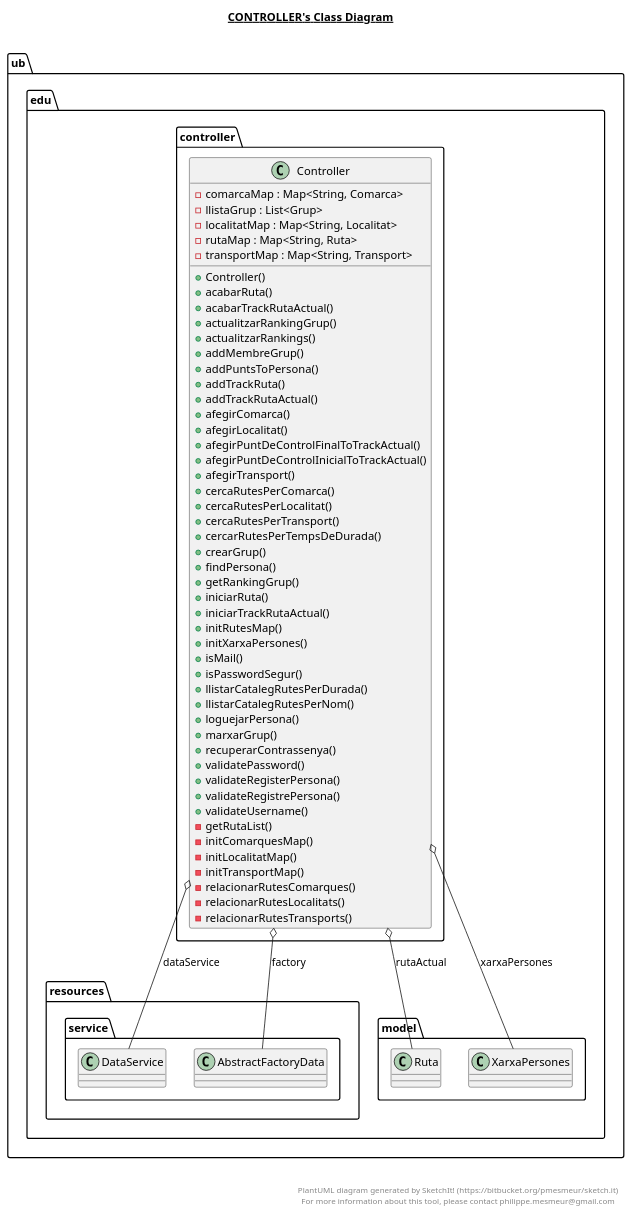
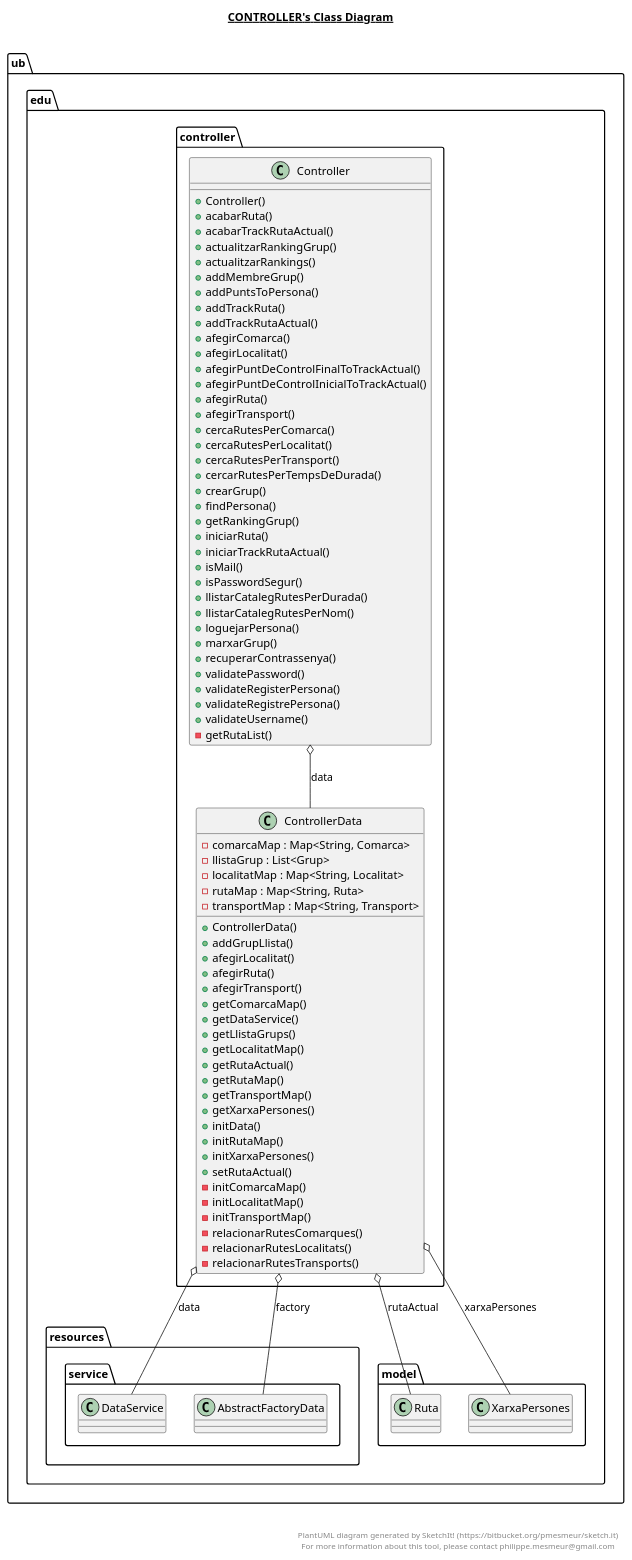
Before and after one commit to Samot2003/p3-tripu-dao-a12_reava: the diagram in src/ub/edu/controller/controller.plantuml, drawn with PlantUML. The commit also changed 19 other files, not shown here.

Commit message:
He creat la classe tripUB per la connexio entre model i controller i així controller nomes coneix tripUB i no totes les classes de controller.

```diff
--- a/src/ub/edu/controller/controller.plantuml
+++ b/src/ub/edu/controller/controller.plantuml
@@ -1,72 +1,95 @@
 @startuml
 
 title __CONTROLLER's Class Diagram__\n
 
   namespace ub.edu.controller {
     class ub.edu.controller.Controller {
-        - comarcaMap : Map<String, Comarca>
-        - llistaGrup : List<Grup>
-        - localitatMap : Map<String, Localitat>
-        - rutaMap : Map<String, Ruta>
-        - transportMap : Map<String, Transport>
         + Controller()
         + acabarRuta()
         + acabarTrackRutaActual()
         + actualitzarRankingGrup()
         + actualitzarRankings()
         + addMembreGrup()
         + addPuntsToPersona()
         + addTrackRuta()
         + addTrackRutaActual()
         + afegirComarca()
         + afegirLocalitat()
         + afegirPuntDeControlFinalToTrackActual()
         + afegirPuntDeControlInicialToTrackActual()
+        + afegirRuta()
         + afegirTransport()
         + cercaRutesPerComarca()
         + cercaRutesPerLocalitat()
         + cercaRutesPerTransport()
         + cercarRutesPerTempsDeDurada()
         + crearGrup()
         + findPersona()
         + getRankingGrup()
         + iniciarRuta()
         + iniciarTrackRutaActual()
-        + initRutesMap()
-        + initXarxaPersones()
         + isMail()
         + isPasswordSegur()
         + llistarCatalegRutesPerDurada()
         + llistarCatalegRutesPerNom()
         + loguejarPersona()
         + marxarGrup()
         + recuperarContrassenya()
         + validatePassword()
         + validateRegisterPersona()
         + validateRegistrePersona()
         + validateUsername()
         - getRutaList()
-        - initComarquesMap()
+    }
+  }
+  
+
+  namespace ub.edu.controller {
+    class ub.edu.controller.ControllerData {
+        - comarcaMap : Map<String, Comarca>
+        - llistaGrup : List<Grup>
+        - localitatMap : Map<String, Localitat>
+        - rutaMap : Map<String, Ruta>
+        - transportMap : Map<String, Transport>
+        + ControllerData()
+        + addGrupLlista()
+        + afegirLocalitat()
+        + afegirRuta()
+        + afegirTransport()
+        + getComarcaMap()
+        + getDataService()
+        + getLlistaGrups()
+        + getLocalitatMap()
+        + getRutaActual()
+        + getRutaMap()
+        + getTransportMap()
+        + getXarxaPersones()
+        + initData()
+        + initRutaMap()
+        + initXarxaPersones()
+        + setRutaActual()
+        - initComarcaMap()
         - initLocalitatMap()
         - initTransportMap()
         - relacionarRutesComarques()
         - relacionarRutesLocalitats()
         - relacionarRutesTransports()
     }
   }
   
 
-  ub.edu.controller.Controller o-- ub.edu.resources.service.DataService : dataService
-  ub.edu.controller.Controller o-- ub.edu.resources.service.AbstractFactoryData : factory
-  ub.edu.controller.Controller o-- ub.edu.model.Ruta : rutaActual
-  ub.edu.controller.Controller o-- ub.edu.model.XarxaPersones : xarxaPersones
+  ub.edu.controller.Controller o-- ub.edu.controller.ControllerData : data
+  ub.edu.controller.ControllerData o-- ub.edu.resources.service.DataService : data
+  ub.edu.controller.ControllerData o-- ub.edu.resources.service.AbstractFactoryData : factory
+  ub.edu.controller.ControllerData o-- ub.edu.model.Ruta : rutaActual
+  ub.edu.controller.ControllerData o-- ub.edu.model.XarxaPersones : xarxaPersones
 
 
 right footer
 
 
 PlantUML diagram generated by SketchIt! (https://bitbucket.org/pmesmeur/sketch.it)
 For more information about this tool, please contact philippe.mesmeur@gmail.com
 endfooter
 
 @enduml
```
